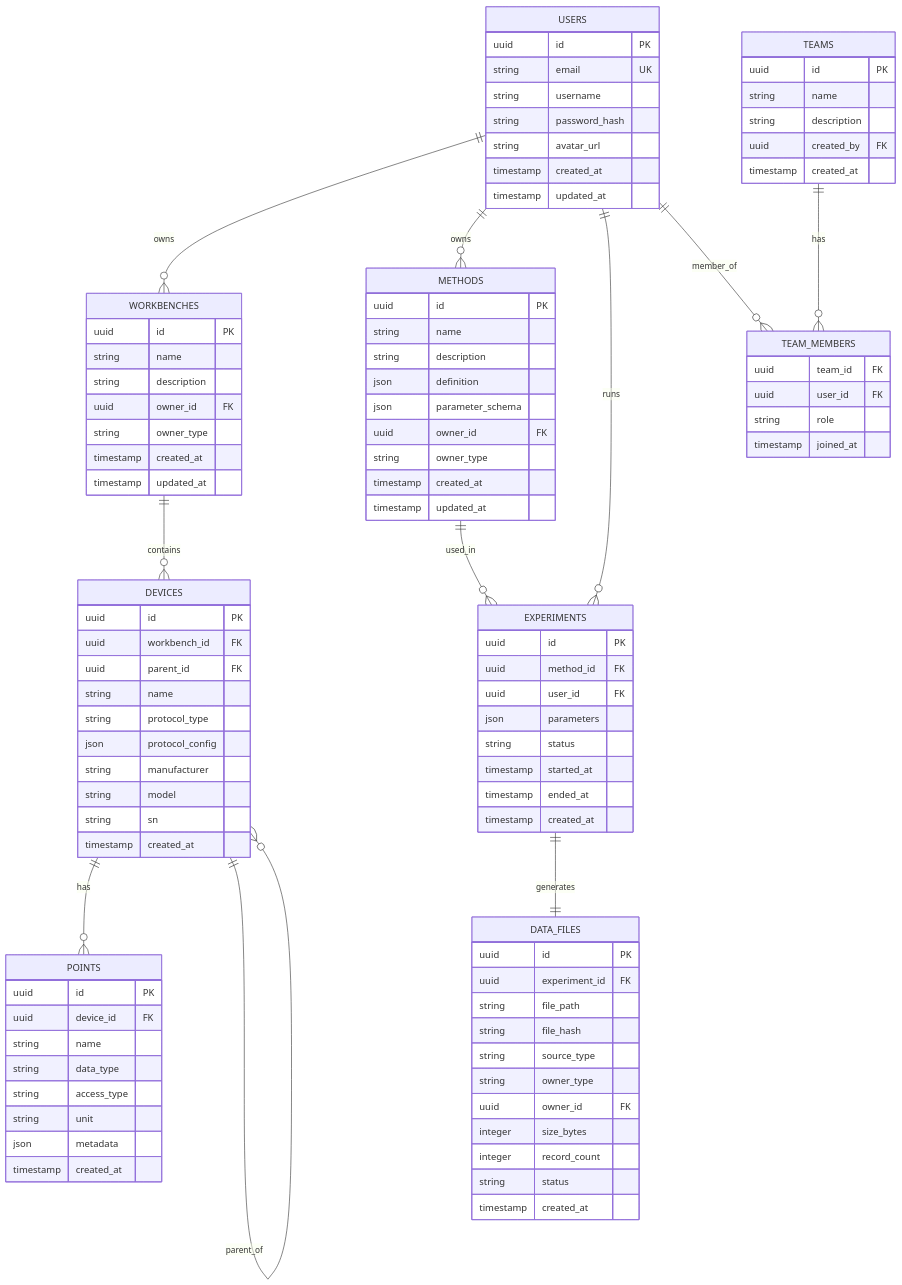
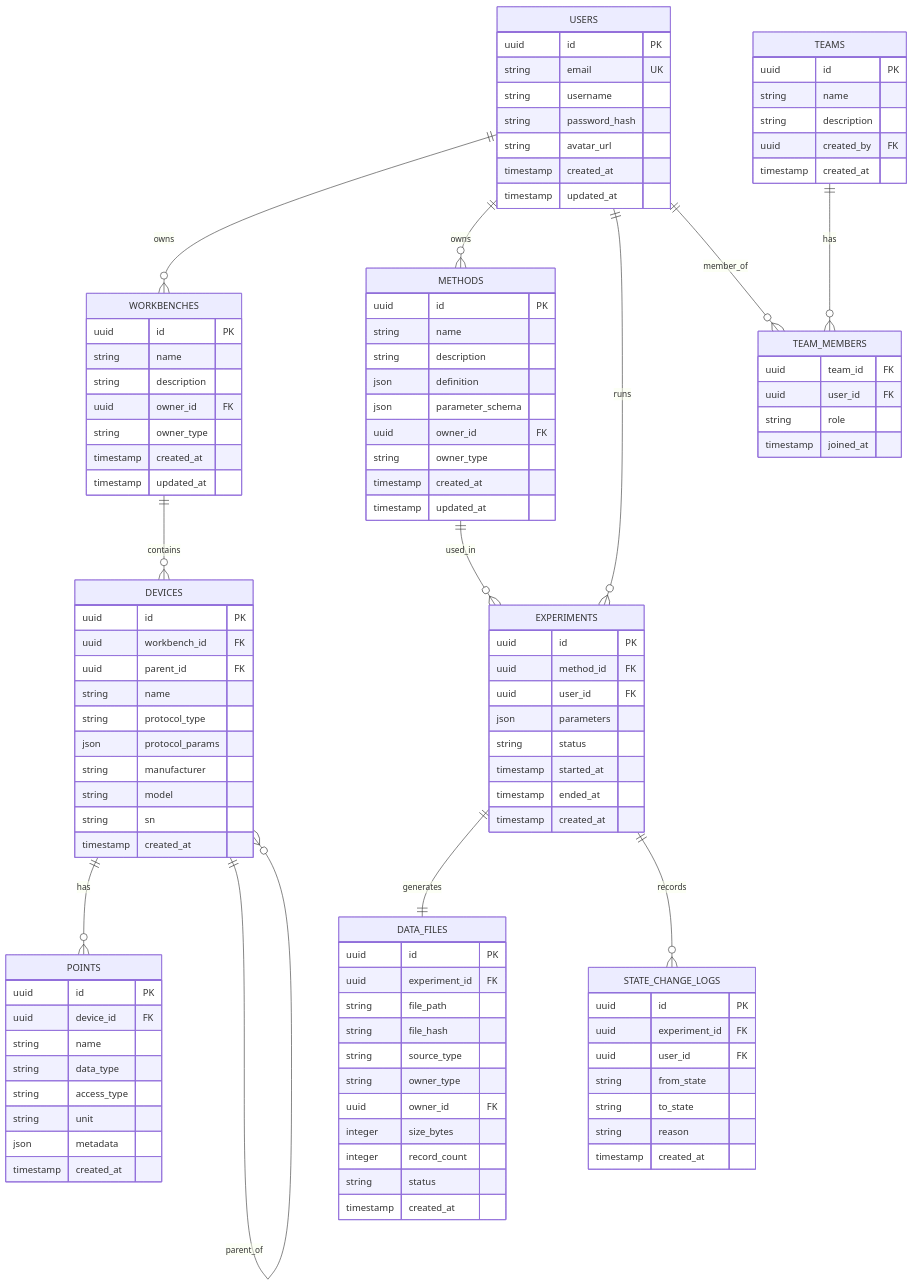
One commit to hoolheart/kayak changed the sixth of 6 diagrams in arch.md. Above: the diagram before and after it, drawn with Mermaid. The commit also changed other lines of this file, not shown here.

First line of the commit message:
docs: update arch.md to reflect Release 1 architecture (v1.2)

```diff
--- a/arch.md
+++ b/arch.md
@@ -331,6 +684,7 @@
     
     METHODS ||--o{ EXPERIMENTS : used_in
     EXPERIMENTS ||--|| DATA_FILES : generates
+    EXPERIMENTS ||--o{ STATE_CHANGE_LOGS : records
     
     TEAMS ||--o{ TEAM_MEMBERS : has
     USERS ||--o{ TEAM_MEMBERS : member_of
@@ -376,7 +730,7 @@
         uuid parent_id FK
         string name
         string protocol_type
-        json protocol_config
+        json protocol_params
         string manufacturer
         string model
         string sn
@@ -417,6 +771,16 @@
         timestamp created_at
     }
     
+    STATE_CHANGE_LOGS {
+        uuid id PK
+        uuid experiment_id FK
+        uuid user_id FK
+        string from_state
+        string to_state
+        string reason
+        timestamp created_at
+    }
+    
     DATA_FILES {
         uuid id PK
         uuid experiment_id FK
```
